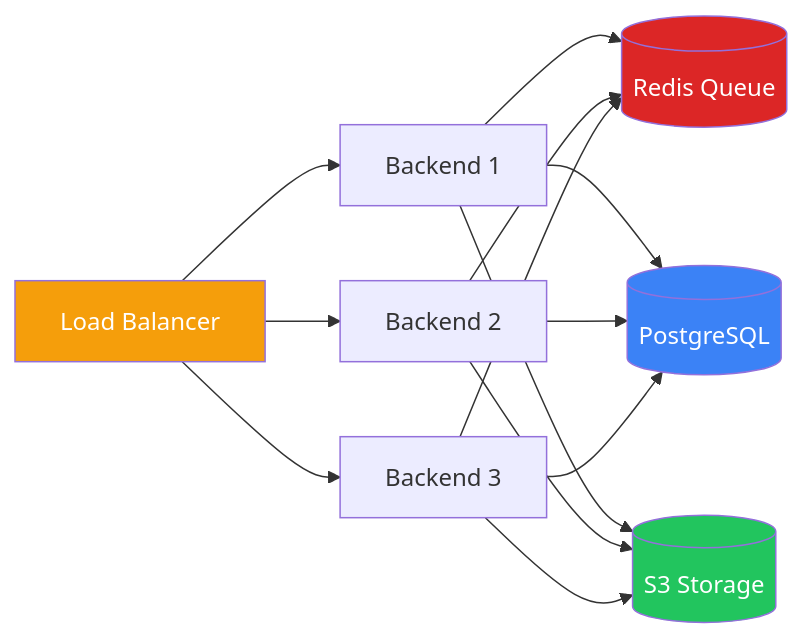
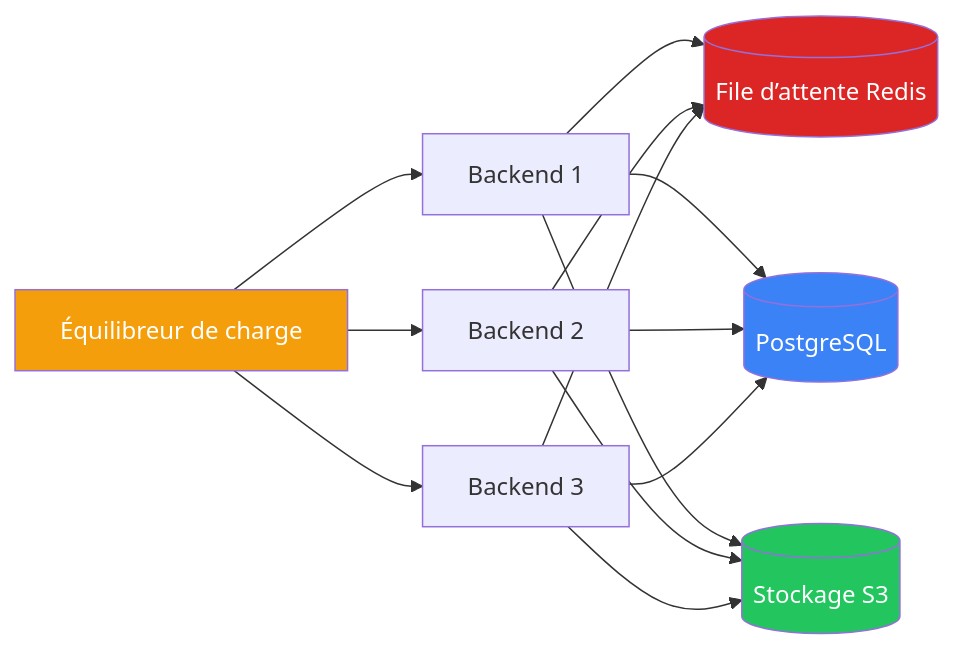
One commit to duckling-ui/duckling changed the diagram in docs/fr/deployment/scaling.md. Above: the diagram before and after it, drawn with Mermaid. The commit also changed other lines of this file and 133 other files, not shown here.

````diff
--- a/docs/fr/deployment/scaling.md
+++ b/docs/fr/deployment/scaling.md
@@ -7,25 +7,25 @@
 ```mermaid
 graph LR
-    LB[Load Balancer]
+    LB[Équilibreur de charge]
 
     LB --> B1[Backend 1]
     LB --> B2[Backend 2]
     LB --> B3[Backend 3]
 
-    B1 --> Redis[(Redis Queue)]
+    B1 --> Redis[(File d’attente Redis)]
     B2 --> Redis
     B3 --> Redis
 
     B1 --> PG[(PostgreSQL)]
     B2 --> PG
     B3 --> PG
 
-    B1 --> S3[(S3 Storage)]
+    B1 --> S3[(Stockage S3)]
     B2 --> S3
     B3 --> S3
 
     style LB fill:#f59e0b,color:#fff
     style Redis fill:#dc2626,color:#fff
     style PG fill:#3b82f6,color:#fff
     style S3 fill:#22c55e,color:#fff
 ```
````
